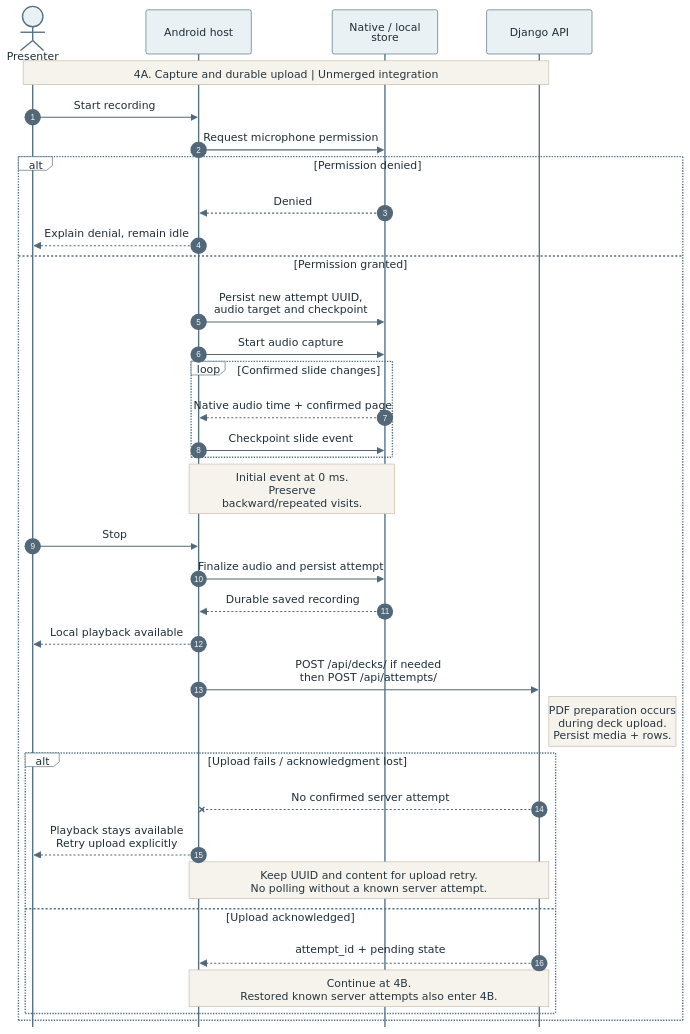
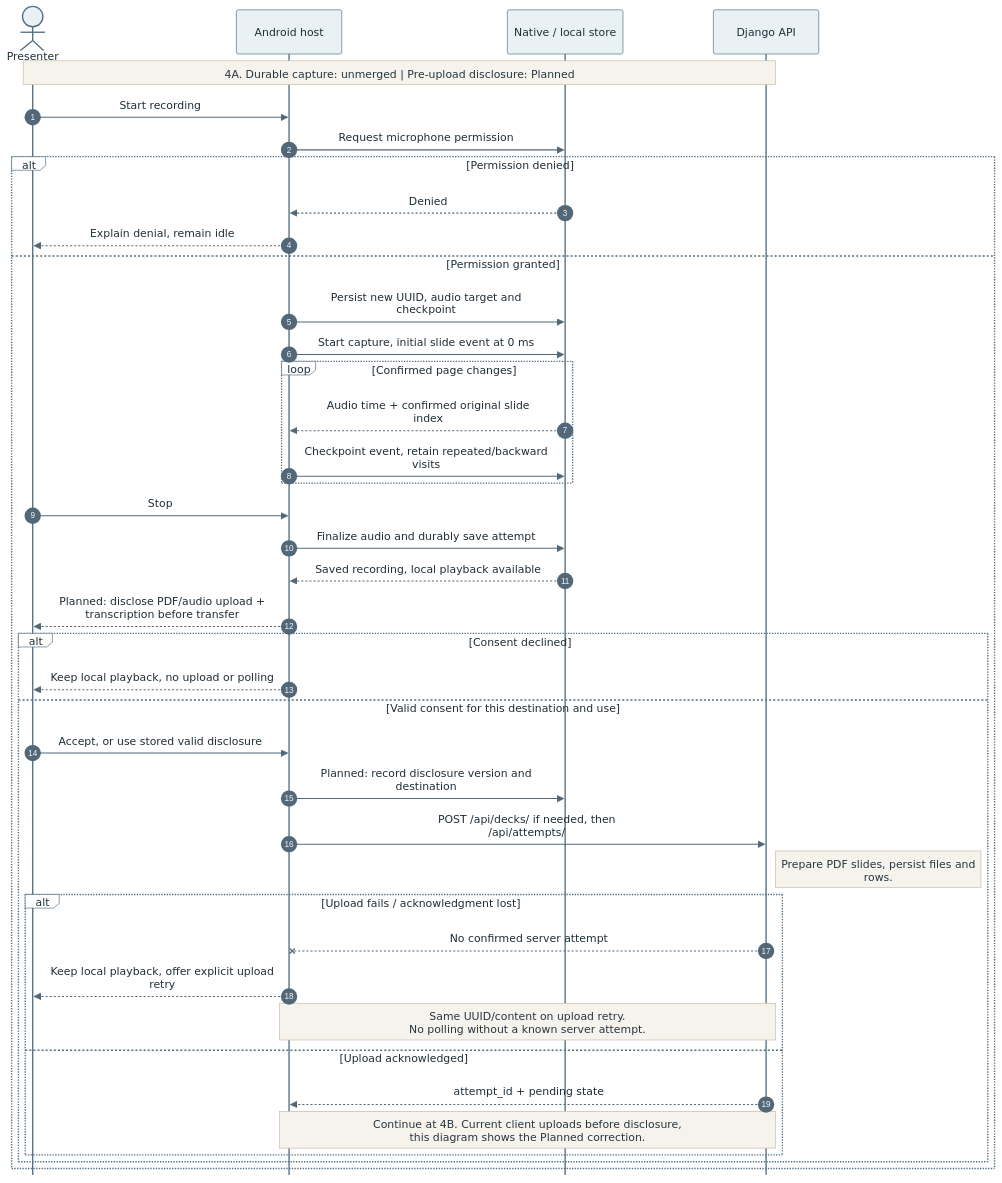
The diagram in assets/outloud-design/sources/figure-4a-capture.mmd (snuhcs-course/swpp-2026-project-team-07), drawn with Mermaid before and after one commit. The commit also changed 68 other files, not shown here.

Commit message:
docs: complete Rev.4.3 planned design and PDF exports

```diff
--- a/assets/outloud-design/sources/figure-4a-capture.mmd
+++ b/assets/outloud-design/sources/figure-4a-capture.mmd
@@ -1,36 +1,41 @@
-%%{init: {"theme": "base", "themeCSS": ".actor-line {stroke-dasharray: 5 5 !important;}", "themeVariables": {"fontFamily": "Arial", "fontSize": "16px", "actorBkg": "#eaf1f5", "actorBorder": "#547083", "actorTextColor": "#1e2e38", "signalColor": "#526777", "signalTextColor": "#1e2e38", "noteBkgColor": "#f6f3ed", "noteBorderColor": "#c6bcaa", "noteTextColor": "#263640", "labelBoxBkgColor": "#ffffff", "labelBoxBorderColor": "#547083"}, "sequence": {"useMaxWidth": false, "mirrorActors": false, "actorMargin": 28, "messageMargin": 16, "noteMargin": 8, "wrap": true, "width": 155}}}%%
+%%{init: {"theme": "base", "themeCSS": ".actor-line {stroke-dasharray: 5 5 !important;}", "themeVariables": {"fontFamily": "Arial", "fontSize": "16px", "actorBkg": "#eaf1f5", "actorBorder": "#547083", "actorTextColor": "#1e2e38", "signalColor": "#526777", "signalTextColor": "#1e2e38", "noteBkgColor": "#f6f3ed", "noteBorderColor": "#c6bcaa", "noteTextColor": "#263640", "labelBoxBkgColor": "#ffffff", "labelBoxBorderColor": "#547083"}, "sequence": {"useMaxWidth": false, "mirrorActors": false, "actorMargin": 28, "messageMargin": 16, "noteMargin": 8, "wrap": false, "width": 155}}}%%
 sequenceDiagram
  autonumber
- actor U as Presenter
+actor U as Presenter
  participant A as Android host
  participant L as Native / local store
  participant API as Django API
- Note over U,API: 4A. Capture and durable upload | Unmerged integration
+ Note over U,API: 4A. Durable capture: unmerged | Pre-upload disclosure: Planned
  U->>A: Start recording
  A->>L: Request microphone permission
  alt Permission denied
   L-->>A: Denied
   A-->>U: Explain denial, remain idle
  else Permission granted
-  A->>L: Persist new attempt UUID,<br/>audio target and checkpoint
-  A->>L: Start audio capture
-  loop Confirmed slide changes
-   L-->>A: Native audio time + confirmed page
-   A->>L: Checkpoint slide event
+  A->>L: Persist new UUID, audio target and<br/>checkpoint
+  A->>L: Start capture, initial slide event at 0 ms
+  loop Confirmed page changes
+   L-->>A: Audio time + confirmed original slide<br/>index
+   A->>L: Checkpoint event, retain repeated/backward<br/>visits
   end
-  Note over A,L: Initial event at 0 ms.<br/>Preserve backward/repeated visits.
   U->>A: Stop
-  A->>L: Finalize audio and persist attempt
-  L-->>A: Durable saved recording
-  A-->>U: Local playback available
-  A->>API: POST /api/decks/ if needed<br/>then POST /api/attempts/
-  Note right of API: PDF preparation occurs<br/>during deck upload.<br/>Persist media + rows.
-  alt Upload fails / acknowledgment lost
-   API--xA: No confirmed server attempt
-   A-->>U: Playback stays available<br/>Retry upload explicitly
-   Note over A,API: Keep UUID and content for upload retry.<br/>No polling without a known server attempt.
-  else Upload acknowledged
-   API-->>A: attempt_id + pending state
-   Note over A,API: Continue at 4B.<br/>Restored known server attempts also enter 4B.
+  A->>L: Finalize audio and durably save attempt
+  L-->>A: Saved recording, local playback available
+  A-->>U: Planned: disclose PDF/audio upload +<br/>transcription before transfer
+  alt Consent declined
+   A-->>U: Keep local playback, no upload or polling
+  else Valid consent for this destination and use
+   U->>A: Accept, or use stored valid disclosure
+   A->>L: Planned: record disclosure version and<br/>destination
+   A->>API: POST /api/decks/ if needed, then<br/>/api/attempts/
+   Note right of API: Prepare PDF slides, persist files and<br/>rows.
+   alt Upload fails / acknowledgment lost
+    API--xA: No confirmed server attempt
+    A-->>U: Keep local playback, offer explicit upload<br/>retry
+    Note over A,API: Same UUID/content on upload retry.<br/>No polling without a known server attempt.
+   else Upload acknowledged
+    API-->>A: attempt_id + pending state
+    Note over A,API: Continue at 4B. Current client uploads before disclosure,<br/>this diagram shows the Planned correction.
+   end
   end
  end
```
